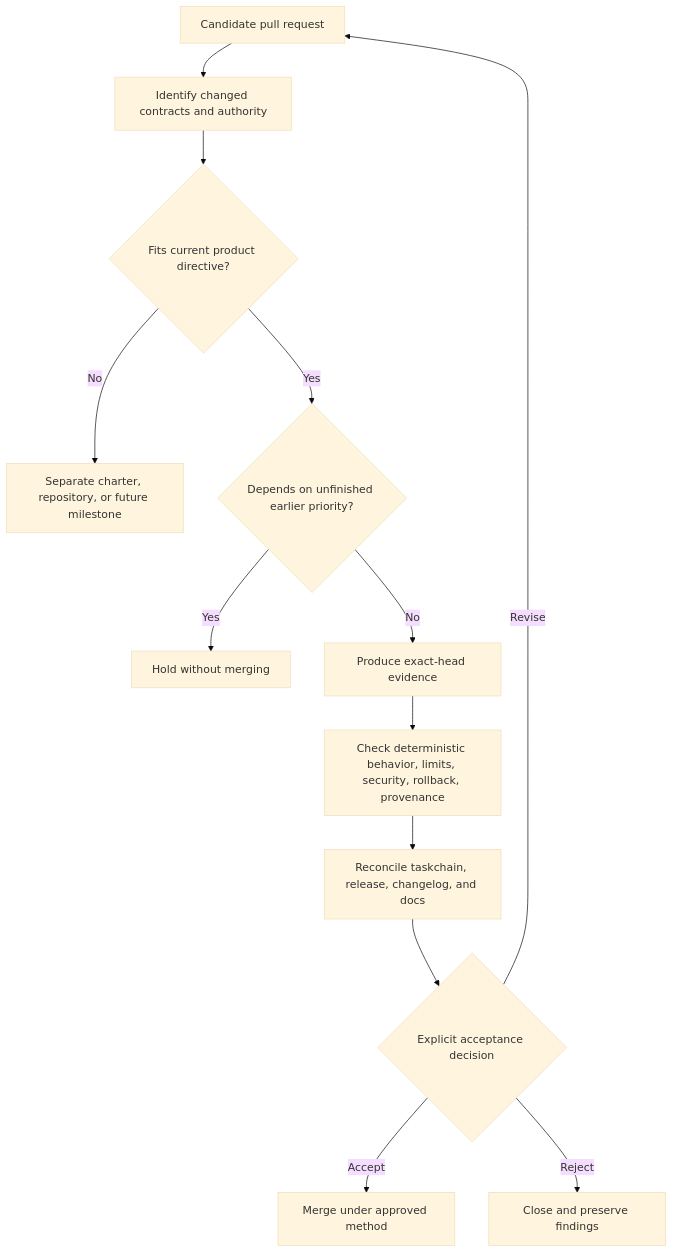
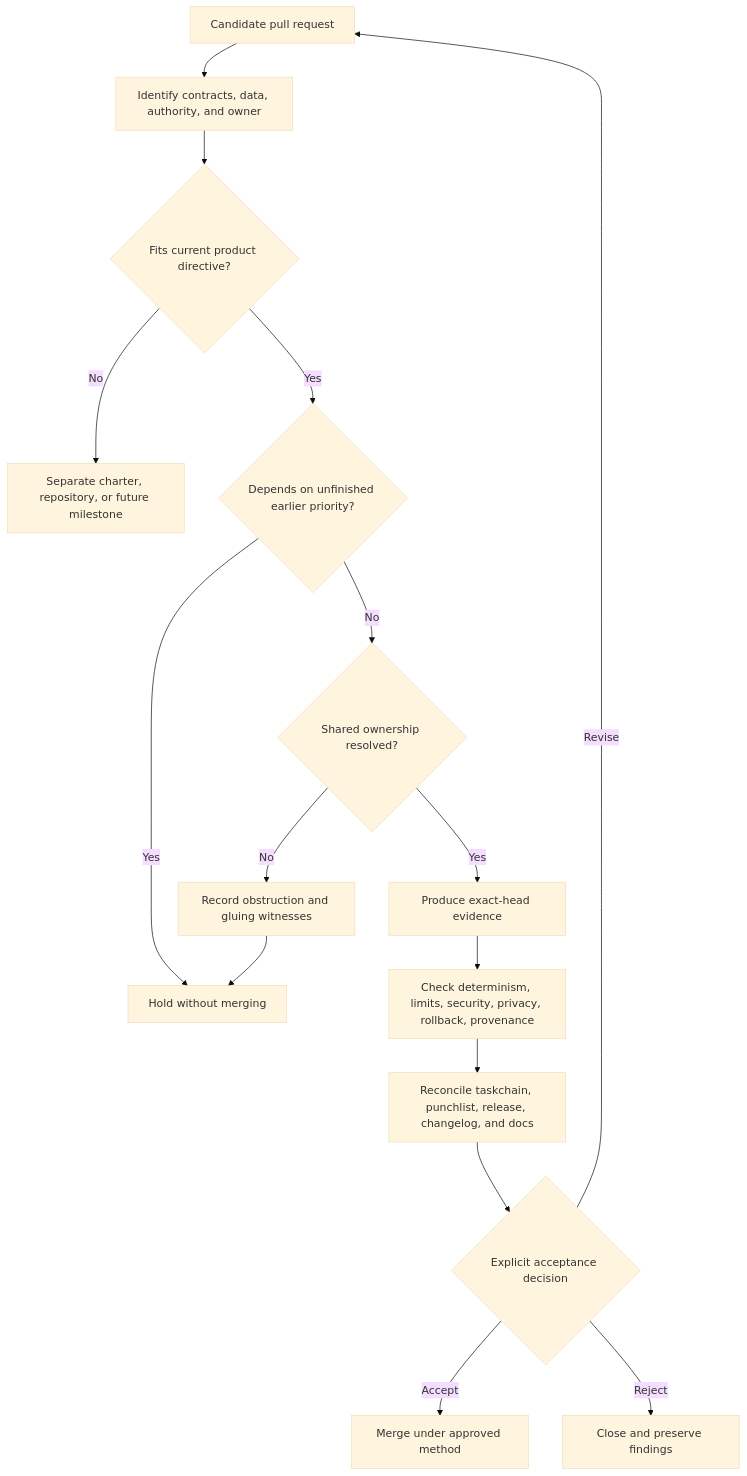
Before and after one commit to aevespers2/QSO-FABRIC: the diagram in docs/CANDIDATE_GOVERNANCE.md, drawn with Mermaid (base theme). The commit also changed other lines of this file, not shown here.

````diff
--- a/docs/CANDIDATE_GOVERNANCE.md
+++ b/docs/CANDIDATE_GOVERNANCE.md
@@ -20,15 +21,18 @@
 ```mermaid
 flowchart TD
-    P[Candidate pull request] --> I[Identify changed contracts and authority]
+    P[Candidate pull request] --> I[Identify contracts, data, authority, and owner]
     I --> B{Fits current product directive?}
     B -->|No| S[Separate charter, repository, or future milestone]
     B -->|Yes| D{Depends on unfinished earlier priority?}
     D -->|Yes| H[Hold without merging]
-    D -->|No| E[Produce exact-head evidence]
-    E --> C[Check deterministic behavior, limits, security, rollback, provenance]
-    C --> R[Reconcile taskchain, release, changelog, and docs]
+    D -->|No| O{Shared ownership resolved?}
+    O -->|No| G[Record obstruction and gluing witnesses]
+    G --> H
+    O -->|Yes| E[Produce exact-head evidence]
+    E --> C[Check determinism, limits, security, privacy, rollback, provenance]
+    C --> R[Reconcile taskchain, punchlist, release, changelog, and docs]
     R --> A{Explicit acceptance decision}
     A -->|Accept| M[Merge under approved method]
     A -->|Revise| P
     A -->|Reject| X[Close and preserve findings]
 ```
````
